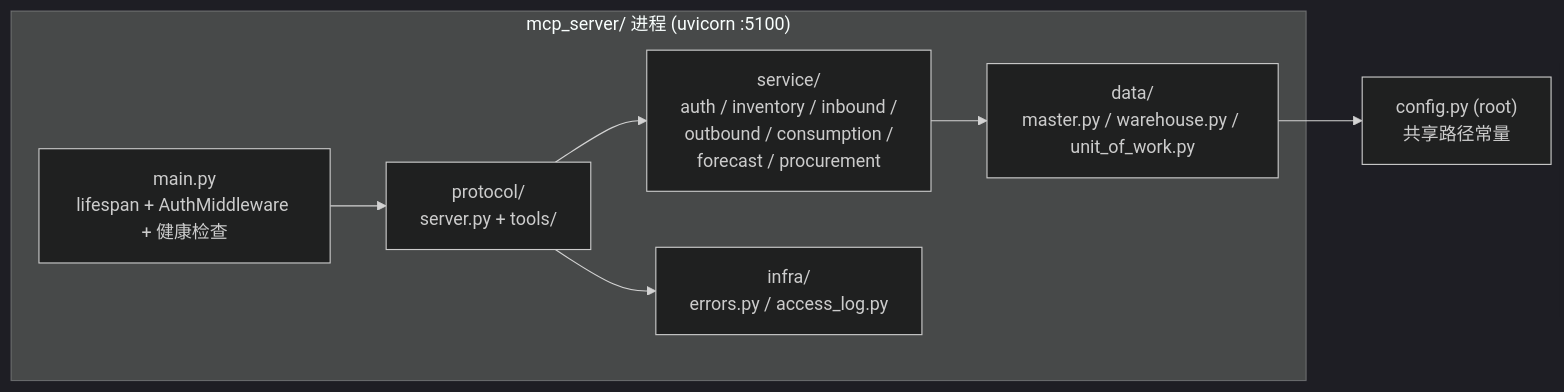
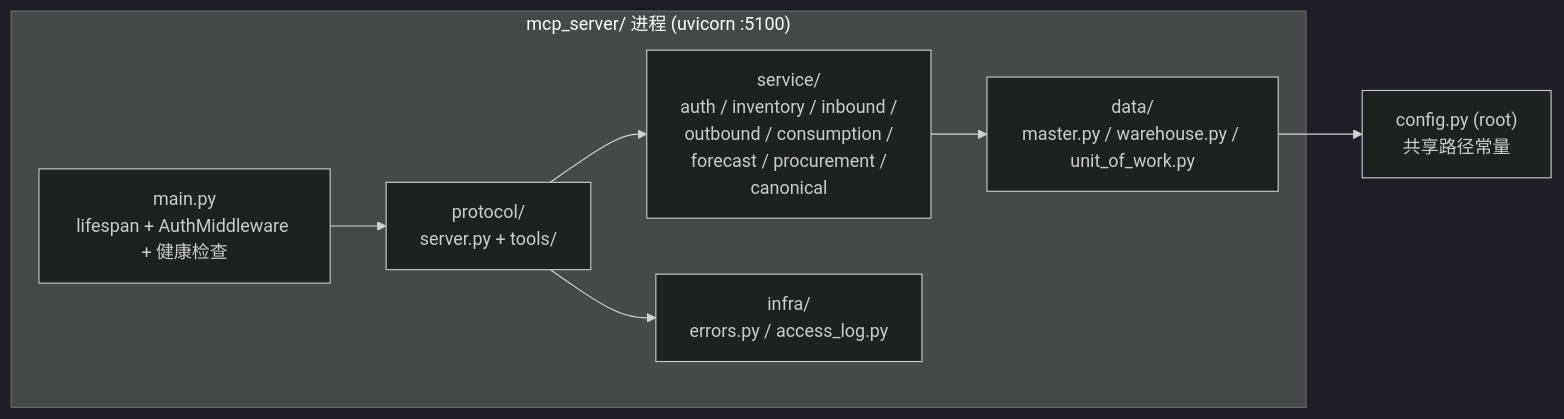
Diagram 12 of 17 in docs/ARCHITECTURE.md (ericmr1981/DailyCheck), drawn with Mermaid (dark theme) before and after one commit. The commit also changed other lines of this file and 5 other files, not shown here.

````diff
--- a/docs/ARCHITECTURE.md
+++ b/docs/ARCHITECTURE.md
@@ -799,16 +799,16 @@
 ```mermaid
 flowchart LR
     subgraph MCP["mcp_server/ 进程 (uvicorn :5100)"]
         Main["main.py<br/>lifespan + AuthMiddleware + 健康检查"]
         Protocol["protocol/<br/>server.py + tools/"]
-        Service["service/<br/>auth / inventory / inbound /<br/>outbound / consumption /<br/>forecast / procurement"]
+        Service["service/<br/>auth / inventory / inbound /<br/>outbound / consumption /<br/>forecast / procurement /<br/>canonical"]
         Data["data/<br/>master.py / warehouse.py / unit_of_work.py"]
         Infra["infra/<br/>errors.py / access_log.py"]
     end
 
     Main --> Protocol
     Protocol --> Service
     Protocol --> Infra
     Service --> Data
     Data --> Config["config.py (root)<br/>共享路径常量"]
 ```
````
